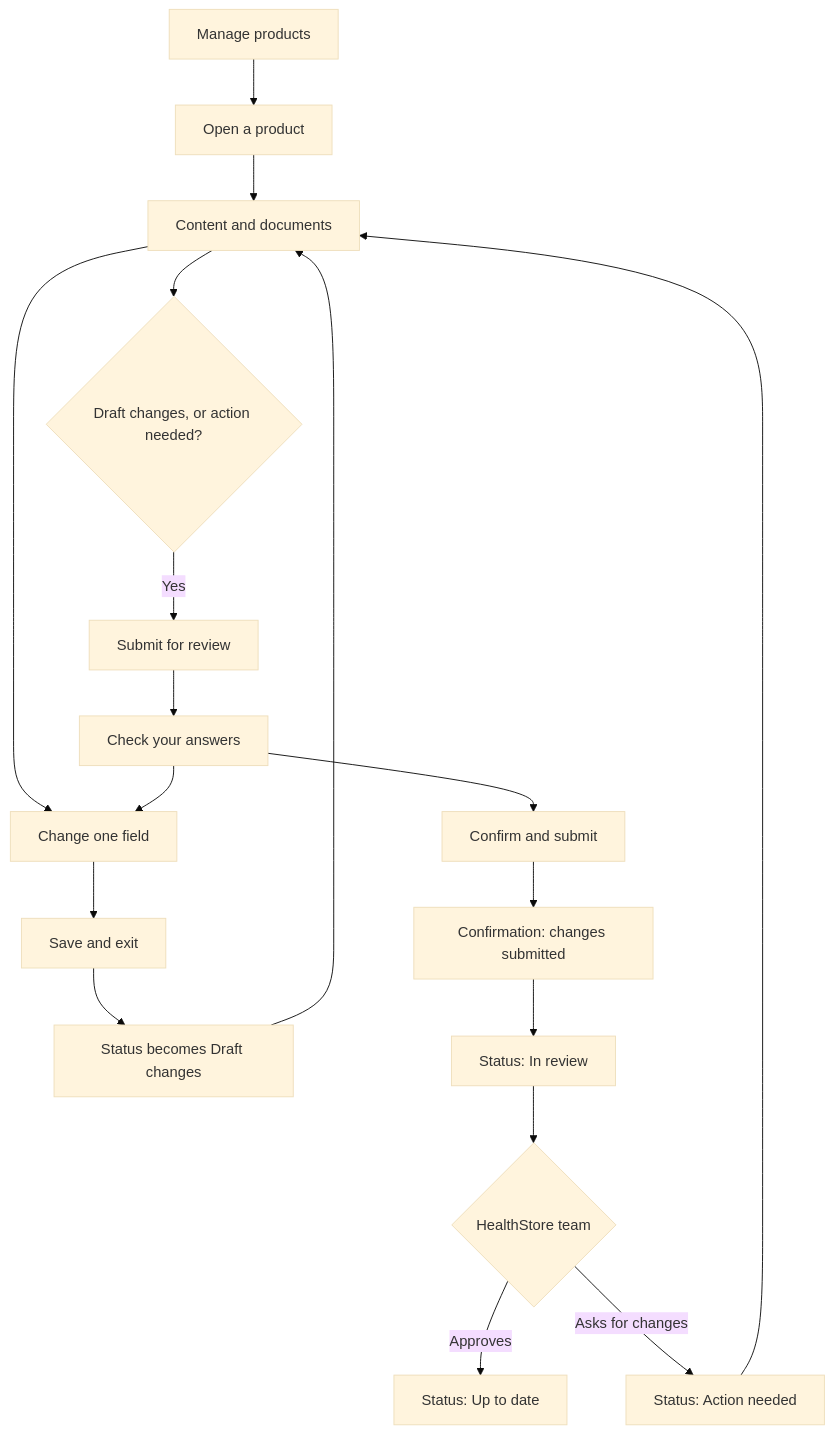
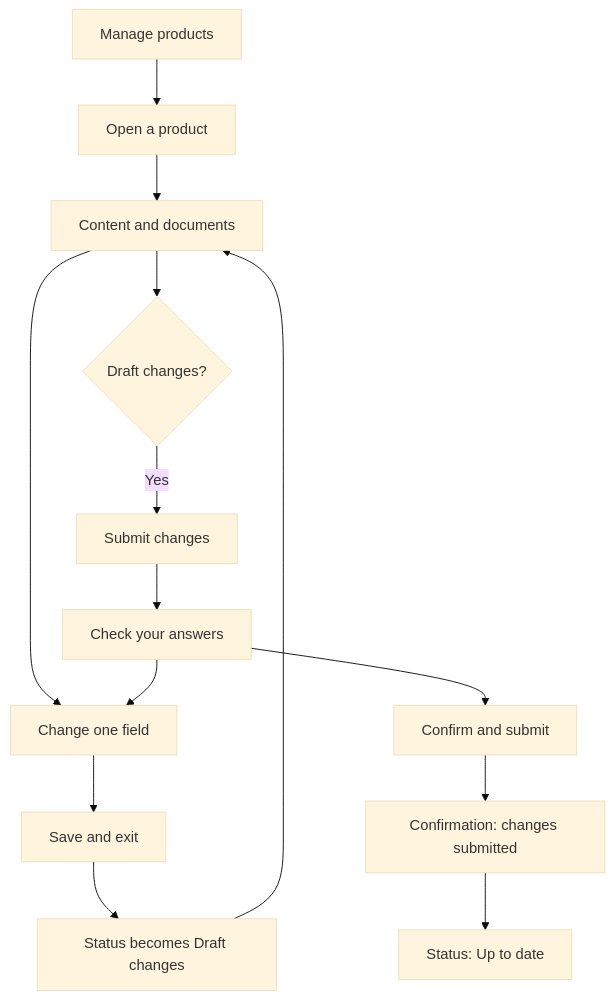
Diagram 12 of 13 in docs/SUPPLIER_PORTAL_FLOWS.md (ataylanez/HealthStore-beta-Ezgi), drawn with Mermaid (base theme) before and after one commit. The commit also changed other lines of this file and 76 other files, not shown here.

````diff
--- a/docs/SUPPLIER_PORTAL_FLOWS.md
+++ b/docs/SUPPLIER_PORTAL_FLOWS.md
@@ -244,20 +310,16 @@
 ```mermaid
 flowchart TD
   products[Manage products] --> product[Open a product]
   product --> view[Content and documents]
   view --> edit[Change one field]
   edit --> save[Save and exit]
   save --> draft[Status becomes Draft changes]
   draft --> view
-  view --> canSubmit{Draft changes, or action needed?}
-  canSubmit -->|Yes| submit[Submit for review]
+  view --> canSubmit{Draft changes?}
+  canSubmit -->|Yes| submit[Submit changes]
   submit --> check[Check your answers]
   check --> edit
   check --> confirm[Confirm and submit]
-  confirm --> sent[Confirmation: changes submitted]
-  sent --> inReview[Status: In review]
-  inReview --> outcome{HealthStore team}
-  outcome -->|Approves| current[Status: Up to date]
-  outcome -->|Asks for changes| action[Status: Action needed]
-  action --> view
+  confirm --> done[Confirmation: changes submitted]
+  done --> current[Status: Up to date]
 ```
````
